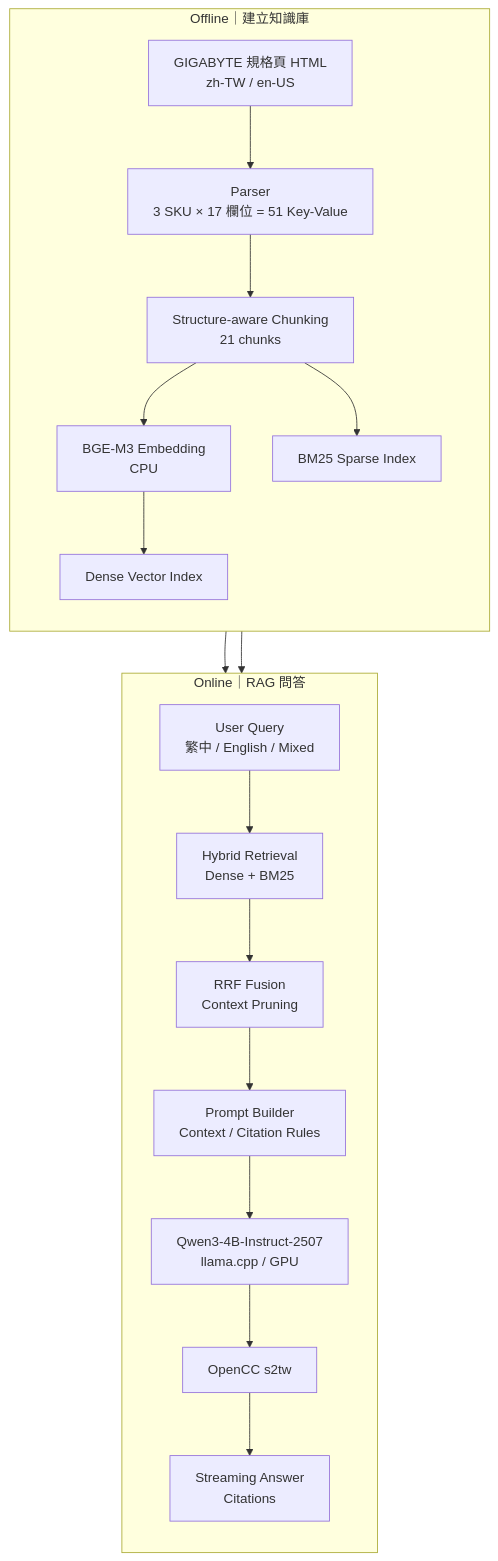
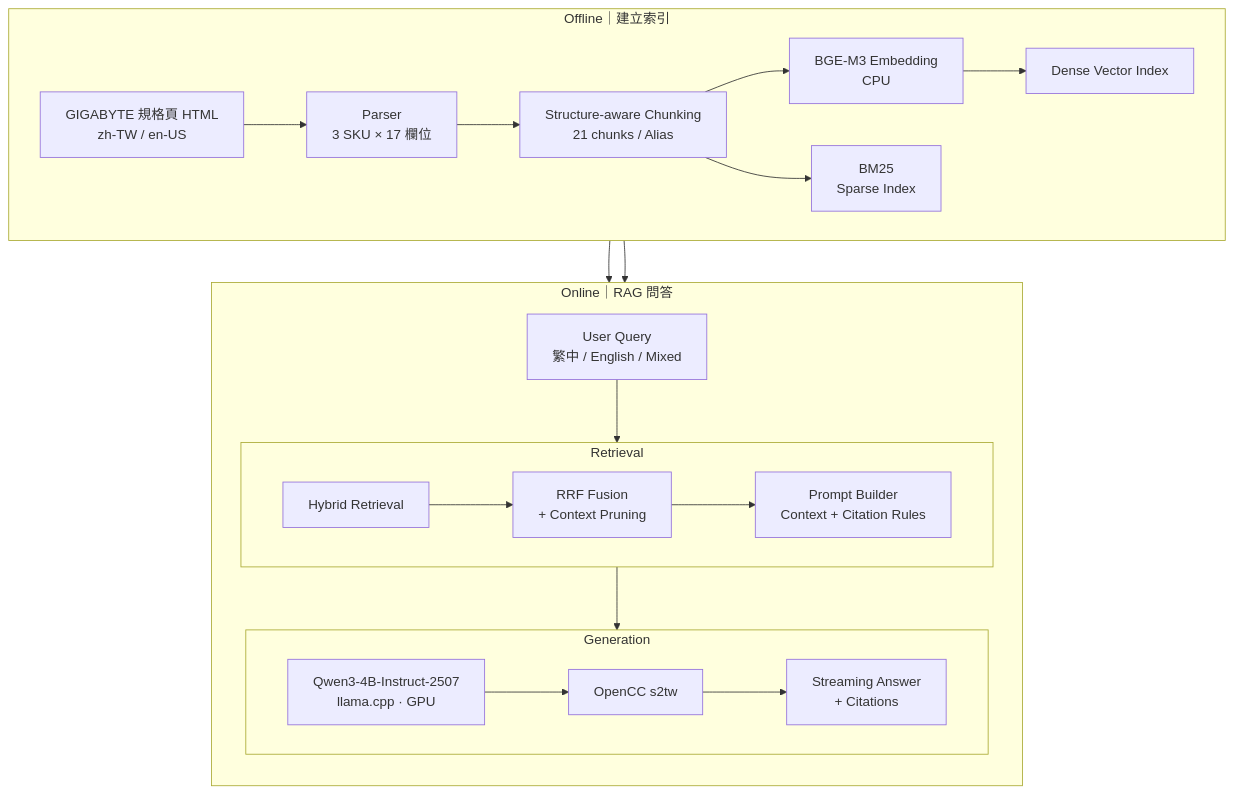
The diagram in README.md (112306060/gigabyte-rag-system), drawn with Mermaid before and after one commit.

Commit message:
README: architecture diagram with Retrieval / Generation sub-groups

````diff
--- a/README.md
+++ b/README.md
@@ -67,27 +67,50 @@
 ```mermaid
-%%{init: {"flowchart": {"wrappingWidth": 400}}}%%
 flowchart TB
-    subgraph OFF["Offline｜建立知識庫"]
-        direction TB
-        H["GIGABYTE 規格頁 HTML<br/>zh-TW / en-US"] --> P["Parser<br/>3 SKU × 17 欄位 = 51 Key-Value"]
-        P --> C["Structure-aware Chunking<br/>21 chunks"]
-        C --> E["BGE-M3 Embedding<br/>CPU"]
-        C --> S["BM25 Sparse Index"]
-        E --> V["Dense Vector Index"]
+
+    subgraph OFFLINE["Offline｜建立索引"]
+        direction LR
+
+        A["GIGABYTE 規格頁 HTML<br/>zh-TW / en-US"]
+        B["Parser<br/>3 SKU × 17 欄位"]
+        C["Structure-aware Chunking<br/>21 chunks / Alias"]
+
+        D["BGE-M3 Embedding<br/>CPU"]
+        E["Dense Vector Index"]
+
+        F["BM25<br/>Sparse Index"]
+
+        A --> B --> C
+        C --> D --> E
+        C --> F
     end
 
-    subgraph ON["Online｜RAG 問答"]
+    subgraph ONLINE["Online｜RAG 問答"]
         direction TB
-        Q["User Query<br/>繁中 / English / Mixed"] --> HR["Hybrid Retrieval<br/>Dense + BM25"]
-        HR --> RRF["RRF Fusion<br/>Context Pruning"]
-        RRF --> PB["Prompt Builder<br/>Context / Citation Rules"]
-        PB --> LLM["Qwen3-4B-Instruct-2507<br/>llama.cpp / GPU"]
-        LLM --> CC["OpenCC s2tw"]
-        CC --> A["Streaming Answer<br/>Citations"]
+
+        Q["User Query<br/>繁中 / English / Mixed"]
+
+        subgraph RETRIEVAL["Retrieval"]
+            direction LR
+            R["Hybrid Retrieval"]
+            G["RRF Fusion<br/>+ Context Pruning"]
+            P["Prompt Builder<br/>Context + Citation Rules"]
+
+            R --> G --> P
+        end
+
+        subgraph GENERATION["Generation"]
+            direction LR
+            L["Qwen3-4B-Instruct-2507<br/>llama.cpp · GPU"]
+            T["OpenCC s2tw"]
+            O["Streaming Answer<br/>+ Citations"]
+
+            L --> T --> O
+        end
+
+        Q --> R
+        P --> L
     end
 
-    V --> HR
-    S --> HR
-    V ~~~ Q
-    S ~~~ Q
+    E --> R
+    F --> R
 ```
````
